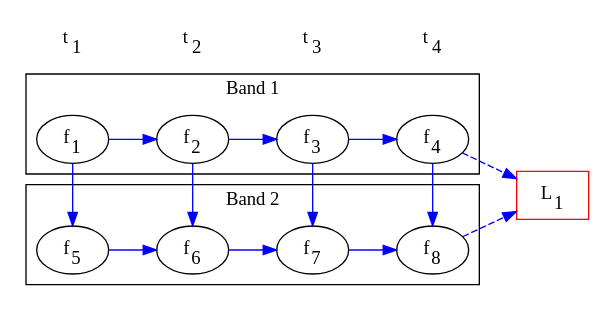
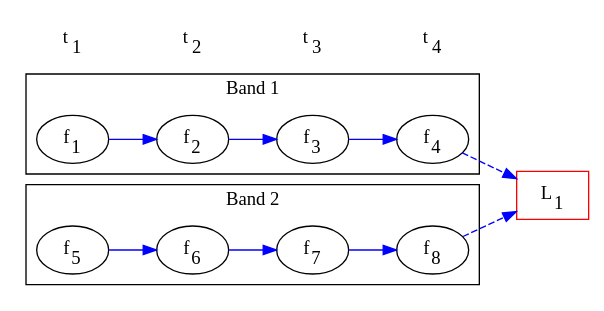
Before and after one commit to transientskp/tkp: the diagram in documentation/source/database/assoc/one2one.multiband.dot, drawn with Graphviz. The commit also changed 5 other files, not shown here.

```diff
--- a/documentation/source/database/assoc/one2one.multiband.dot
+++ b/documentation/source/database/assoc/one2one.multiband.dot
@@ -1,41 +1,36 @@
 digraph one2one {
     rankdir=LR;
     f1 [label=<f<SUB>1</SUB>>];
     f2 [label=<f<SUB>2</SUB>>];
     f3 [label=<f<SUB>3</SUB>>];
     f4 [label=<f<SUB>4</SUB>>];
     f5 [label=<f<SUB>5</SUB>>];
     f6 [label=<f<SUB>6</SUB>>];
     f7 [label=<f<SUB>7</SUB>>];
     f8 [label=<f<SUB>8</SUB>>];
 
     subgraph cluster0 {
         node [style=filled,color=white];
         f1 -> f2 -> f3 -> f4 [color=blue];
         label = "Band 1";
     }
     subgraph cluster1 {
         rank = min;
         node [style=filled];
         f5 -> f6 -> f7 -> f8 [color=blue];
         label = "Band 2";
     }
-    edge[color=blue, constraint=false];
-    f1 -> f5;
-    f2 -> f6;
-    f3 -> f7;
-    f4 -> f8;
 
     edge[color=blue, style=dashed, constraint=true];
     f8 -> l1;
     f4 -> l1;
     l1[label=<L<SUB>1</SUB>>, shape=box, color=red];
 
     node[shape=none];
     edge[style=invis];
     t1 [label=<t<SUB>1</SUB>>];
     t2 [label=<t<SUB>2</SUB>>];
     t3 [label=<t<SUB>3</SUB>>];
     t4 [label=<t<SUB>4</SUB>>];
     t1 -> t2 -> t3 -> t4;
 }
```
